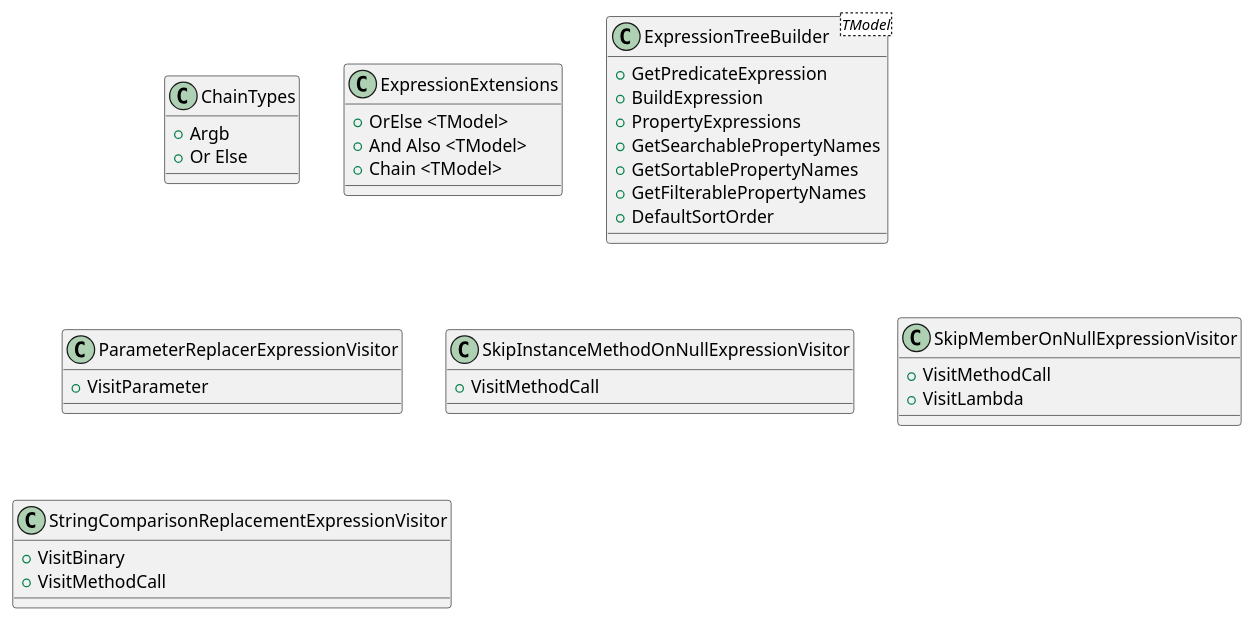
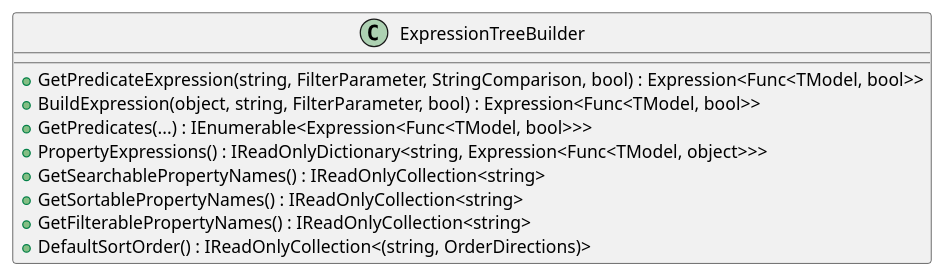
The second of 4 diagrams in docs/generated/Framework/Eliassen.System.Linq/Expressions/Documentation.md (mwwhited-forks/dotnet-libs), drawn with PlantUML before and after one commit. The commit also changed other lines of this file and 444 other files, not shown here.

````diff
--- a/docs/generated/Framework/Eliassen.System.Linq/Expressions/Documentation.md
+++ b/docs/generated/Framework/Eliassen.System.Linq/Expressions/Documentation.md
@@ -5,42 +24,14 @@
 ```plantuml
 @startuml
-class ChainTypes {
-  +Argb
-  +Or Else
-}
-
-class ExpressionExtensions {
-  +OrElse <TModel>
-  +And Also <TModel>
-  +Chain <TModel>
-}
-
-class ExpressionTreeBuilder<TModel> {
-  +GetPredicateExpression
-  +BuildExpression
-  +PropertyExpressions
-  +GetSearchablePropertyNames
-  +GetSortablePropertyNames
-  +GetFilterablePropertyNames
-  +DefaultSortOrder
-}
-
-class ParameterReplacerExpressionVisitor {
-  +VisitParameter
-}
-
-class SkipInstanceMethodOnNullExpressionVisitor {
-  +VisitMethodCall
-}
-
-class SkipMemberOnNullExpressionVisitor {
-  +VisitMethodCall
-  +VisitLambda
-}
-
-class StringComparisonReplacementExpressionVisitor {
-  +VisitBinary
-  +VisitMethodCall
+class ExpressionTreeBuilder {
+  + GetPredicateExpression(string, FilterParameter, StringComparison, bool) : Expression<Func<TModel, bool>>
+  + BuildExpression(object, string, FilterParameter, bool) : Expression<Func<TModel, bool>>
+  + GetPredicates(...) : IEnumerable<Expression<Func<TModel, bool>>>
+  + PropertyExpressions() : IReadOnlyDictionary<string, Expression<Func<TModel, object>>>
+  + GetSearchablePropertyNames() : IReadOnlyCollection<string>
+  + GetSortablePropertyNames() : IReadOnlyCollection<string>
+  + GetFilterablePropertyNames() : IReadOnlyCollection<string>
+  + DefaultSortOrder() : IReadOnlyCollection<(string, OrderDirections)>
 }
 @enduml
 ```
````
